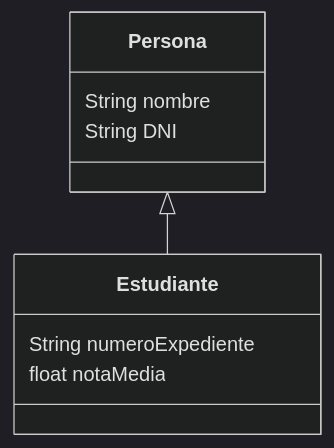
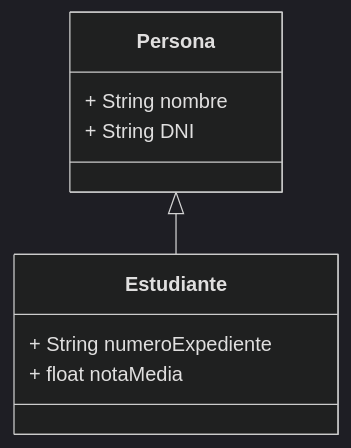
Before and after one commit to moronlopezalvaro/6.2.Bateria-de-ejercicios: the second of 3 diagrams in README.md, drawn with Mermaid (dark theme).

Commit message:
actualización del ejercicio 2

````diff
--- a/README.md
+++ b/README.md
@@ -16,14 +16,14 @@
 ```mermaid
 classDiagram
     class Persona {
-        String nombre
-        String DNI
+        + String nombre
+        + String DNI
     }
 
     class Estudiante {
-        String numeroExpediente
-        float notaMedia
+        + String numeroExpediente
+        + float notaMedia
     }
 
     Persona <|-- Estudiante
 ```
````
